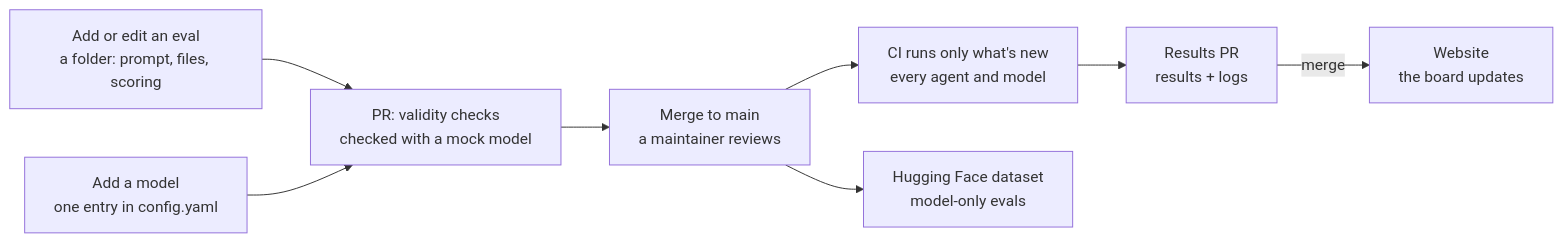
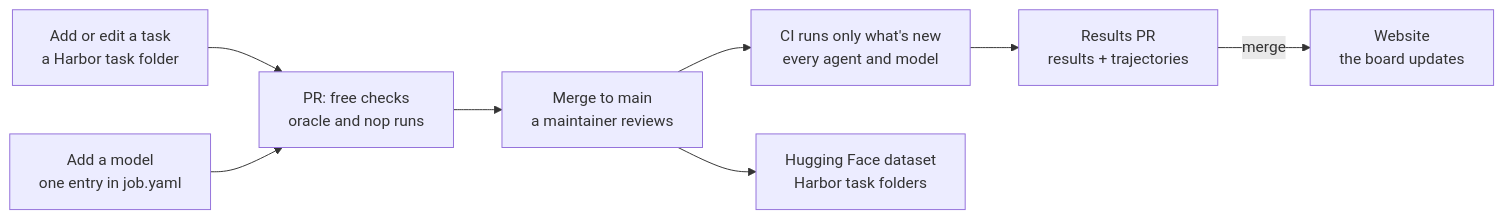
Before and after one commit to BuidlGuidl/ethevals: the diagram in README.md, drawn with Mermaid. The commit also changed other lines of this file and 238 other files, not shown here.

````diff
--- a/README.md
+++ b/README.md
@@ -17,10 +17,10 @@
 ```mermaid
 flowchart LR
-	eval["Add or edit an eval<br/>a folder: prompt, files, scoring"] --> pr["PR: validity checks<br/>checked with a mock model"]
-	model["Add a model<br/>one entry in config.yaml"] --> pr
+	task["Add or edit a task<br/>a Harbor task folder"] --> pr["PR: free checks<br/>oracle and nop runs"]
+	model["Add a model<br/>one entry in job.yaml"] --> pr
 	pr --> merge["Merge to main<br/>a maintainer reviews"]
 	merge --> ci["CI runs only what's new<br/>every agent and model"]
-	ci --> results["Results PR<br/>results + logs"]
+	ci --> results["Results PR<br/>results + trajectories"]
 	results -- merge --> site["Website<br/>the board updates"]
-	merge --> hf["Hugging Face dataset<br/>model-only evals"]
+	merge --> hf["Hugging Face dataset<br/>Harbor task folders"]
 ```
````
